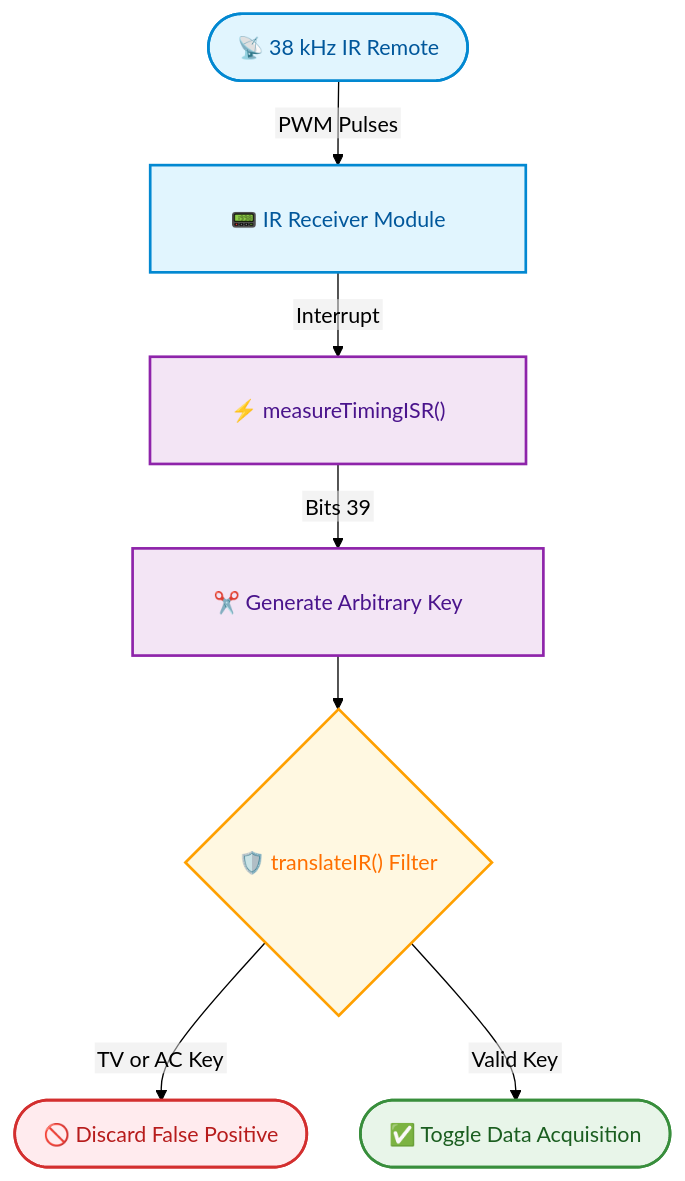
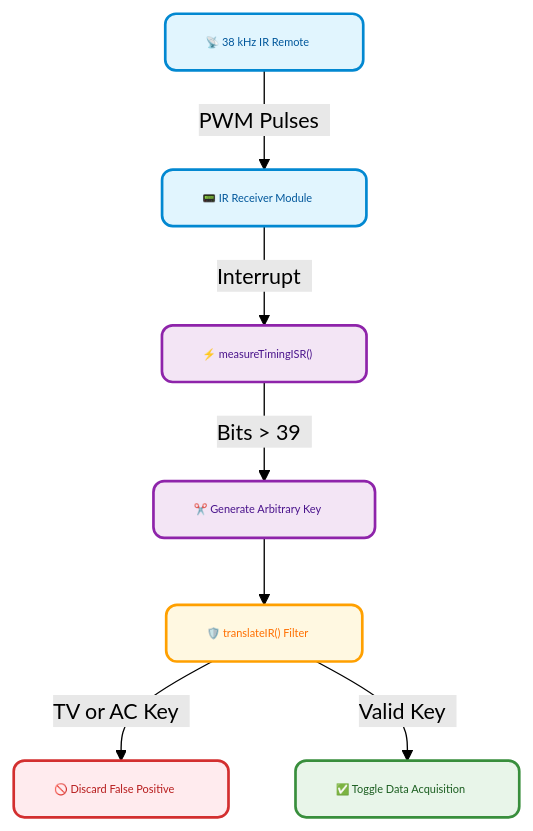
Before and after one commit to antor44/Acquisition4microcontrollers: the first of 2 diagrams in README.md, drawn with Mermaid (forest theme). The commit also changed other lines of this file, not shown here.

````diff
--- a/README.md
+++ b/README.md
@@ -41,22 +41,22 @@
 ```mermaid
-%%{init: {"htmlLabels": false, "flowchart": {"htmlLabels": false, "padding": 30, "nodeSpacing": 40, "rankSpacing": 40}}}%%
 flowchart TD
-    A(["📡 38 kHz IR Remote"]) -->|PWM Pulses| B["📟 IR Receiver Module"]
-    B -->|Interrupt| C["⚡ measureTimingISR()"]
-    C -->|Bits > 39| D["✂️ Generate Arbitrary Key"]
-    D --> E{"🛡️ translateIR() Filter"}
-    E -->|TV or AC Key| F(["🚫 Discard False Positive"])
-    E -->|Valid Key| G(["✅ Toggle Data Acquisition"])
+    A["📡 38 kHz IR Remote&nbsp;&nbsp;&nbsp;&nbsp;&nbsp;"] -->|"PWM Pulses&nbsp;&nbsp;"| B["📟 IR Receiver Module&nbsp;&nbsp;&nbsp;&nbsp;&nbsp;"]
+    B -->|"Interrupt&nbsp;&nbsp;"| C["⚡ measureTimingISR()&nbsp;&nbsp;&nbsp;&nbsp;&nbsp;"]
+    C -->|"Bits > 39&nbsp;&nbsp;"| D["✂️ Generate Arbitrary Key&nbsp;&nbsp;&nbsp;&nbsp;&nbsp;"]
+    D --> E["🛡️ translateIR() Filter&nbsp;&nbsp;&nbsp;&nbsp;&nbsp;"]
+    E -->|"TV or AC Key&nbsp;&nbsp;"| F["🚫 Discard False Positive&nbsp;&nbsp;&nbsp;&nbsp;&nbsp;"]
+    E -->|"Valid Key&nbsp;&nbsp;"| G["✅ Toggle Data Acquisition&nbsp;&nbsp;&nbsp;&nbsp;&nbsp;"]
 
-    classDef input fill:#e1f5fe,stroke:#0288d1,stroke-width:2px,color:#01579b;
-    classDef process fill:#f3e5f5,stroke:#8e24aa,stroke-width:2px,color:#4a148c;
-    classDef filter fill:#fff8e1,stroke:#ffa000,stroke-width:2px,color:#ff6f00;
-    classDef reject fill:#ffebee,stroke:#d32f2f,stroke-width:2px,color:#b71c1c;
-    classDef accept fill:#e8f5e9,stroke:#388e3c,stroke-width:2px,color:#1b5e20;
+    classDef default font-size:80%;
+    classDef input fill:#e1f5fe,stroke:#0288d1,stroke-width:2px,color:#01579b,font-size:80%,rx:8px,ry:8px;
+    classDef process fill:#f3e5f5,stroke:#8e24aa,stroke-width:2px,color:#4a148c,font-size:80%,rx:8px,ry:8px;
+    classDef filter fill:#fff8e1,stroke:#ffa000,stroke-width:2px,color:#ff6f00,font-size:80%,rx:8px,ry:8px;
+    classDef reject fill:#ffebee,stroke:#d32f2f,stroke-width:2px,color:#b71c1c,font-size:80%,rx:8px,ry:8px;
+    classDef accept fill:#e8f5e9,stroke:#388e3c,stroke-width:2px,color:#1b5e20,font-size:80%,rx:8px,ry:8px;
 
     class A,B input;
     class C,D process;
     class E filter;
     class F reject;
     class G accept;
 ```
````
